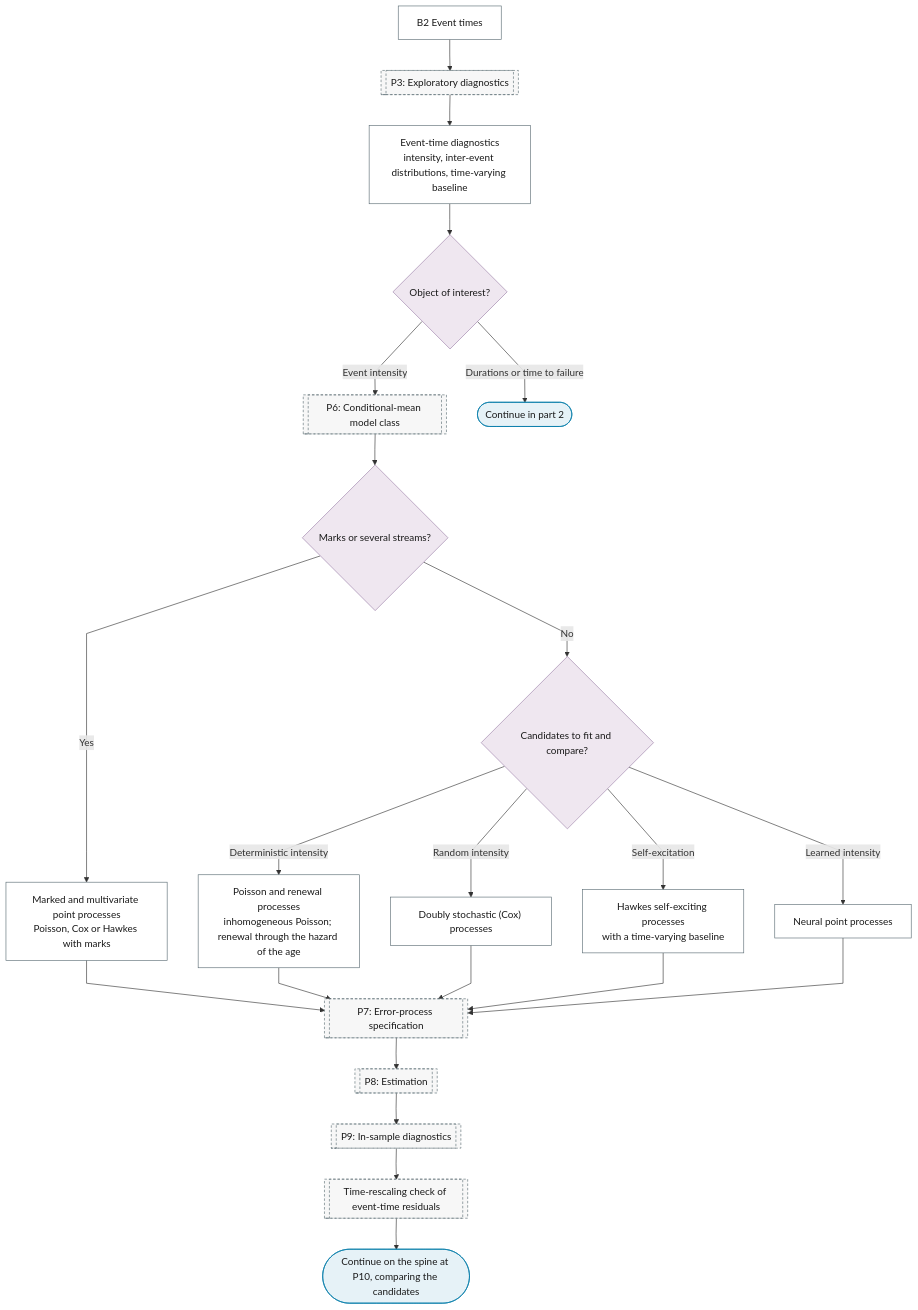
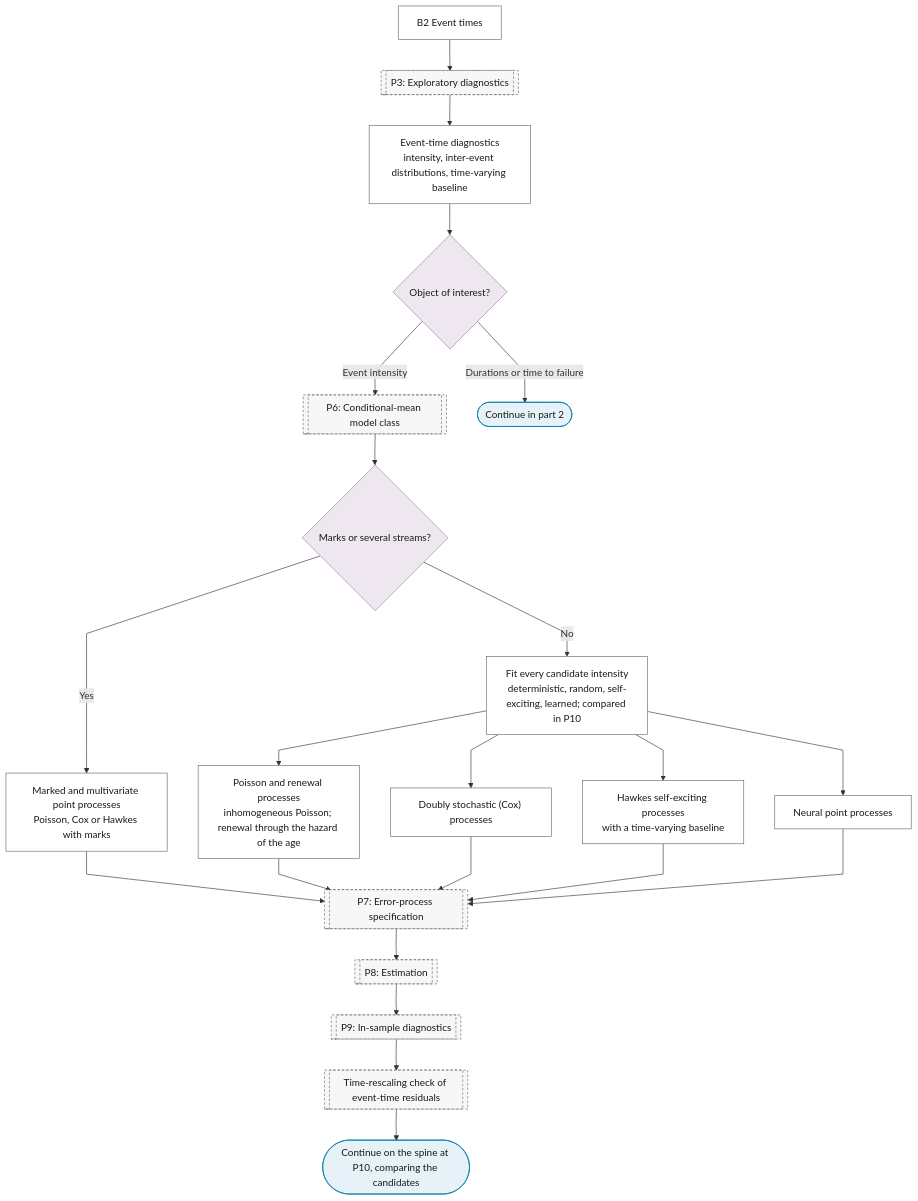
The first of 2 diagrams in docs/reference/17-point-processes/index.md (Shuxin-Y/time-series-analysis-manual), drawn with Mermaid before and after one commit. The commit also changed other lines of this file and 20 other files, not shown here.

First line of the commit message:
fix(charts): one placement per purpose leaf; branch table; exits and labels

````diff
--- a/docs/reference/17-point-processes/index.md
+++ b/docs/reference/17-point-processes/index.md
@@ -9,33 +9,33 @@
 ```mermaid
 %%{init: {"flowchart": {"curve": "linear"}}}%%
 graph TD
     B2["B2 Event times"] --> P3[["P3: Exploratory diagnostics"]]
     P3 --> B2_EVENT_EDA["Event-time diagnostics<br/>intensity, inter-event distributions, time-varying baseline"]
     B2_EVENT_EDA --> B2_QUESTION{"Object of interest?"}
     B2_QUESTION -->|"Event intensity"| P6[["P6: Conditional-mean model class"]]
     B2_QUESTION -->|"Durations or time to failure"| B2_TO_PART_2(["Continue in part 2"])
     P6 --> B2_MARKS{"Marks or several streams?"}
     B2_MARKS -->|"Yes"| B2_MARKED["Marked and multivariate point processes<br/>Poisson, Cox or Hawkes with marks"]
-    B2_MARKS -->|"No"| B2_CANDIDATES{"Candidates to fit and compare?"}
-    B2_CANDIDATES -->|"Deterministic intensity"| B2_POISSON["Poisson and renewal processes<br/>inhomogeneous Poisson; renewal through the hazard of the age"]
-    B2_CANDIDATES -->|"Random intensity"| B2_COX["Doubly stochastic (Cox) processes"]
-    B2_CANDIDATES -->|"Self-excitation"| B2_HAWKES["Hawkes self-exciting processes<br/>with a time-varying baseline"]
-    B2_CANDIDATES -->|"Learned intensity"| B2_NEURAL_PP["Neural point processes"]
+    B2_MARKS -->|"No"| B2_FIT_ALL["Fit every candidate intensity<br/>deterministic, random, self-exciting, learned; compared in P10"]
+    B2_FIT_ALL --> B2_POISSON["Poisson and renewal processes<br/>inhomogeneous Poisson; renewal through the hazard of the age"]
+    B2_FIT_ALL --> B2_COX["Doubly stochastic (Cox) processes"]
+    B2_FIT_ALL --> B2_HAWKES["Hawkes self-exciting processes<br/>with a time-varying baseline"]
+    B2_FIT_ALL --> B2_NEURAL_PP["Neural point processes"]
     B2_MARKED & B2_POISSON & B2_COX & B2_HAWKES & B2_NEURAL_PP --> P7[["P7: Error-process specification"]]
     P7 --> P8[["P8: Estimation"]]
     P8 --> P9[["P9: In-sample diagnostics"]]
     P9 --> P7_RESCALING[["Time-rescaling check of event-time residuals"]]
     P7_RESCALING --> B2_OUT(["Continue on the spine at P10, comparing the candidates"])
     class B2_TO_PART_2,B2_OUT terminator
-    class B2_QUESTION,B2_MARKS,B2_CANDIDATES decision
-    class B2,B2_EVENT_EDA,B2_MARKED,B2_POISSON,B2_COX,B2_HAWKES,B2_NEURAL_PP process
+    class B2_QUESTION,B2_MARKS decision
+    class B2,B2_EVENT_EDA,B2_FIT_ALL,B2_MARKED,B2_POISSON,B2_COX,B2_HAWKES,B2_NEURAL_PP process
     class P3,P6,P7,P8,P9,P7_RESCALING ref
     classDef terminator fill:#E6F2F7,stroke:#007BA7,color:#1A1A1A;
     classDef process fill:#FFFFFF,stroke:#5A6B73,color:#1A1A1A;
     classDef decision fill:#EFE7F0,stroke:#9B7FA7,color:#1A1A1A;
     classDef data fill:#FFF4E0,stroke:#C9A55E,color:#1A1A1A;
     classDef good fill:#DCEFD8,stroke:#4A7A3F,color:#1A1A1A;
     classDef escalate fill:#FFE9C2,stroke:#C9A55E,color:#1A1A1A;
     classDef problem fill:#F2D9DE,stroke:#800020,color:#1A1A1A;
     classDef ref fill:#F7F7F7,stroke:#5A6B73,color:#1A1A1A,stroke-dasharray:4 3;
 ```
````
